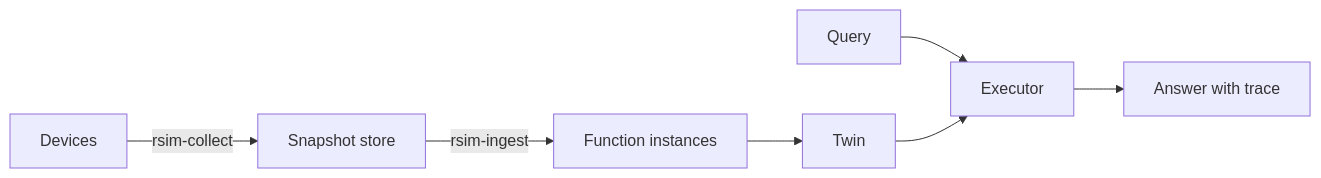
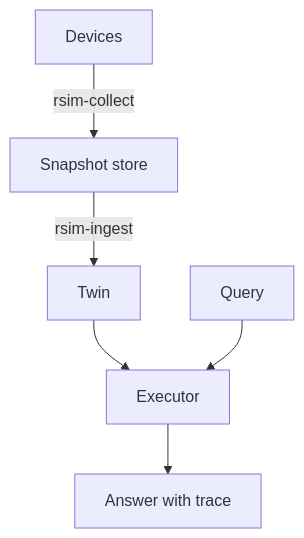
One commit to AlectoTheFirst/RSIM changed the diagram in README.md. Above: the diagram before and after it, drawn with Mermaid.

Commit message:
README: a top-down graph

````diff
--- a/README.md
+++ b/README.md
@@ -7,9 +7,8 @@
 ```mermaid
-flowchart LR
+flowchart TD
   D[Devices] -->|rsim-collect| S[Snapshot store]
-  S -->|rsim-ingest| F[Function instances]
-  F --> W[Twin]
-  Q[Query] --> X[Executor]
-  W --> X
+  S -->|rsim-ingest| W[Twin]
+  W --> X[Executor]
+  Q[Query] --> X
   X --> A[Answer with trace]
 ```
````
